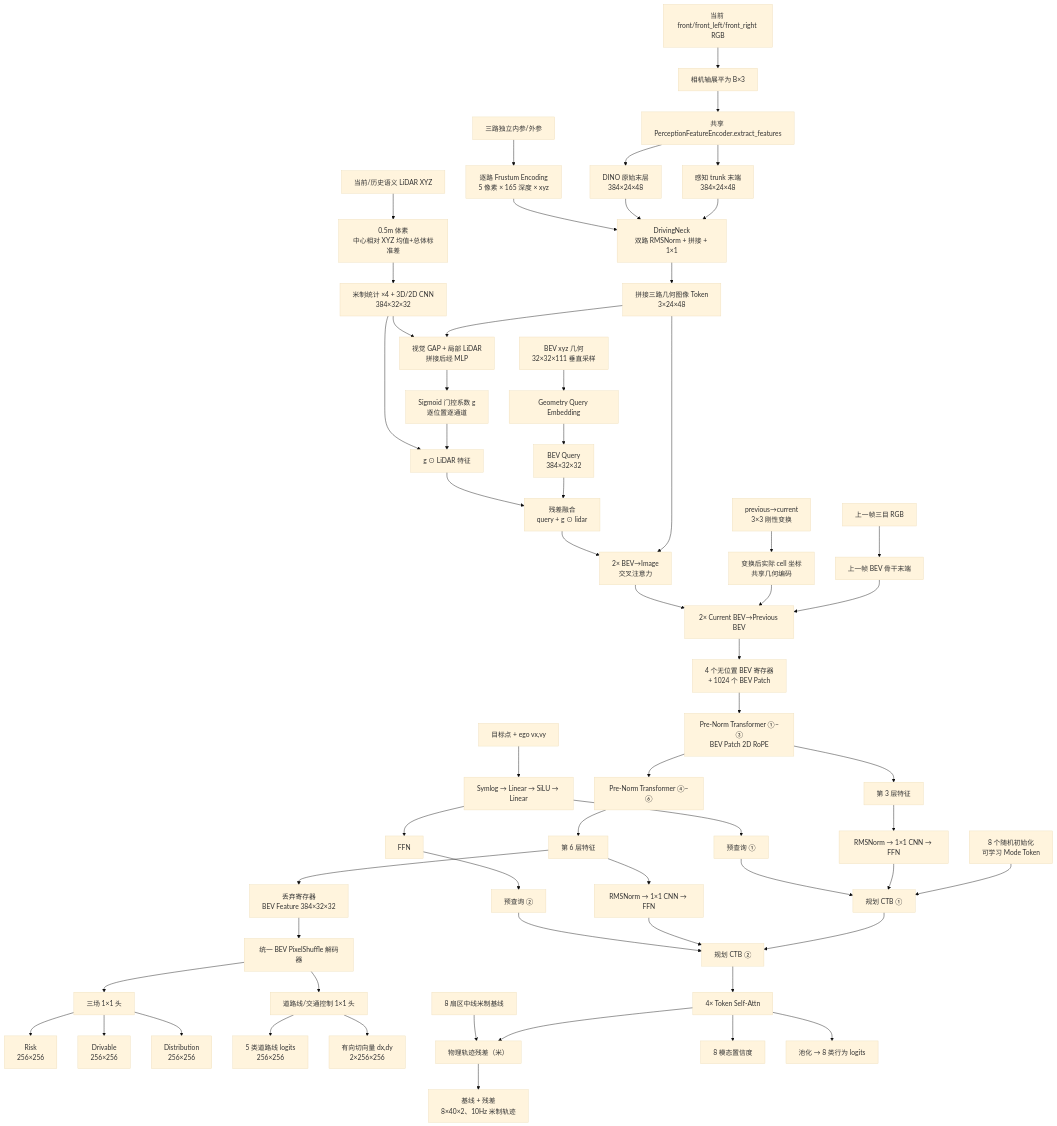
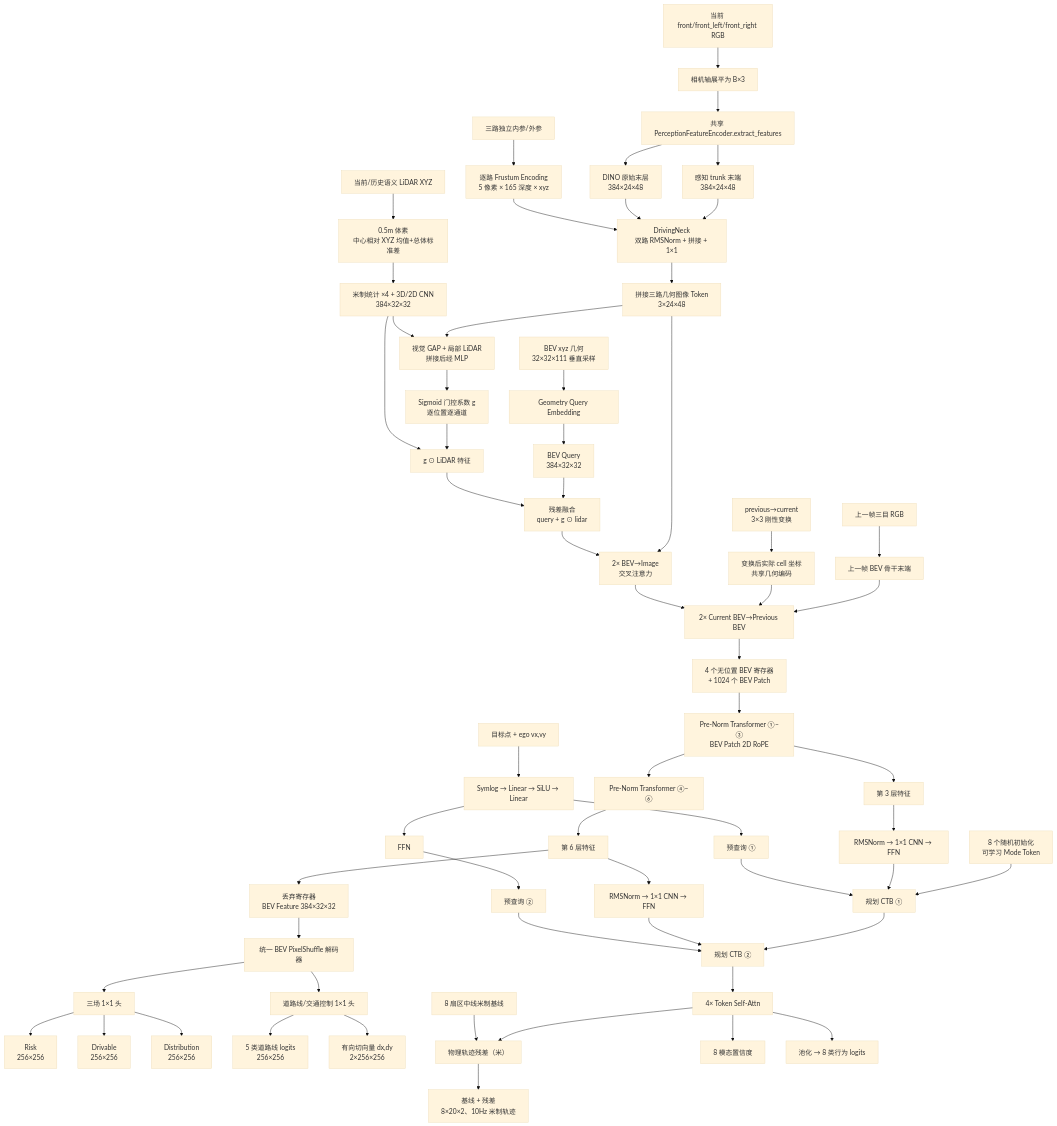
The fourth of 9 diagrams in README.md (ByteDriveTeam/ByteDrive-Toy), drawn with Mermaid (base theme) before and after one commit. The commit also changed other lines of this file and 2 other files, not shown here.

````diff
--- a/README.md
+++ b/README.md
@@ -305,63 +330,63 @@
 ```mermaid
 flowchart TB
     RGB["当前 front/front_left/front_right RGB"] --> FLAT["相机轴展平为 B×3"]
     FLAT --> P["共享 PerceptionFeatureEncoder.extract_features"]
     P --> T["感知 trunk 末端<br/>384×24×48"]
     P --> R["DINO 原始末层<br/>384×24×48"]
 
     T --> NECK["DrivingNeck<br/>双路 RMSNorm + 拼接 + 1×1"]
     R --> NECK
     CALIB["三路独立内参/外参"] --> FR["逐路 Frustum Encoding<br/>5 像素 × 165 深度 × xyz"]
     FR --> NECK
     NECK --> IMG["拼接三路几何图像 Token<br/>3×24×48"]
 
     GRID["BEV xyz 几何<br/>32×32×111 垂直采样"] --> QUERY["Geometry Query Embedding"]
     QUERY --> BEVQ["BEV Query<br/>384×32×32"]
     LIDAR["当前/历史语义 LiDAR XYZ"] --> VOXEL["0.5m 体素<br/>中心相对 XYZ 均值+总体标准差"]
     VOXEL --> LENC["米制统计 ×4 + 3D/2D CNN<br/>384×32×32"]
     IMG --> GCTX["视觉 GAP + 局部 LiDAR<br/>拼接后经 MLP"]
     LENC --> GCTX
     GCTX --> GATE["Sigmoid 门控系数 g<br/>逐位置逐通道"]
     GATE --> LWEIGHT["g ⊙ LiDAR 特征"]
     LENC --> LWEIGHT
     BEVQ --> QFUSED["残差融合<br/>query + g ⊙ lidar"]
     LWEIGHT --> QFUSED
     IMG --> CROSS["2× BEV→Image<br/>交叉注意力"]
     QFUSED --> CROSS
     PRGB["上一帧三目 RGB"] --> PBEV["上一帧 BEV 骨干末端"]
     TF["previous→current<br/>3×3 刚性变换"] --> PGEOM["变换后实际 cell 坐标<br/>共享几何编码"]
     PBEV --> TCROSS["2× Current BEV→Previous BEV"]
     PGEOM --> TCROSS
     CROSS --> TCROSS --> SEQ["4 个无位置 BEV 寄存器<br/>+ 1024 个 BEV Patch"]
     SEQ --> TRANS3["Pre-Norm Transformer ①–③<br/>BEV Patch 2D RoPE"]
     TRANS3 --> F3["第 3 层特征"]
     TRANS3 --> TRANS6["Pre-Norm Transformer ④–⑥"]
     TRANS6 --> F6["第 6 层特征"]
     F6 --> BEV["丢弃寄存器<br/>BEV Feature 384×32×32"]
 
     BEV --> BDEC["统一 BEV PixelShuffle 解码器"]
     BDEC --> FIELD["三场 1×1 头"]
     FIELD --> RISK["Risk<br/>256×256"]
     FIELD --> DRIVE["Drivable<br/>256×256"]
     FIELD --> DIST["Distribution<br/>256×256"]
 
     BDEC --> LANE["道路线/交通控制 1×1 头"]
     LANE --> LCLS["5 类道路线 logits<br/>256×256"]
     LANE --> LDIR["有向切向量 dx,dy<br/>2×256×256"]
 
     COND["目标点 + ego vx,vy"] --> SYM["Symlog → Linear → SiLU → Linear"]
     SYM --> Q1["预查询 ①"]
     SYM --> PPN["FFN"] --> Q2["预查询 ②"]
     MODE["8 个随机初始化<br/>可学习 Mode Token"] --> CTB1["规划 CTB ①"]
     F3 --> A1["RMSNorm → 1×1 CNN → FFN"] --> CTB1
     Q1 --> CTB1
     CTB1 --> CTB2["规划 CTB ②"]
     F6 --> A2["RMSNorm → 1×1 CNN → FFN"] --> CTB2
     Q2 --> CTB2
     CTB2 --> PTB["4× Token Self-Attn"]
     PTB --> RES["物理轨迹残差（米）"]
     BASE["8 扇区中线米制基线"] --> RES
-    RES --> TRAJ["基线 + 残差<br/>8×40×2、10Hz 米制轨迹"]
+    RES --> TRAJ["基线 + 残差<br/>8×20×2、10Hz 米制轨迹"]
     PTB --> CONF["8 模态置信度"]
     PTB --> ACT["池化 → 8 类行为 logits"]
 ```
````
